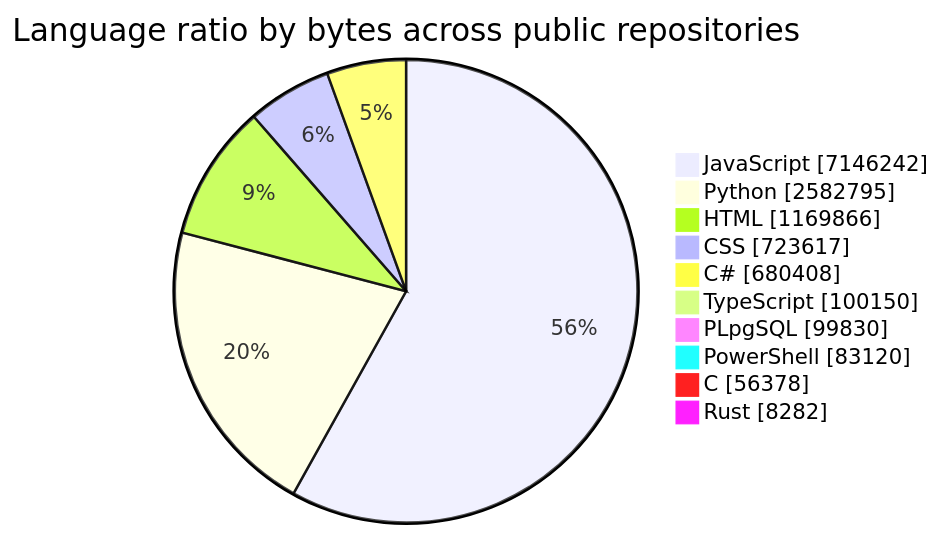
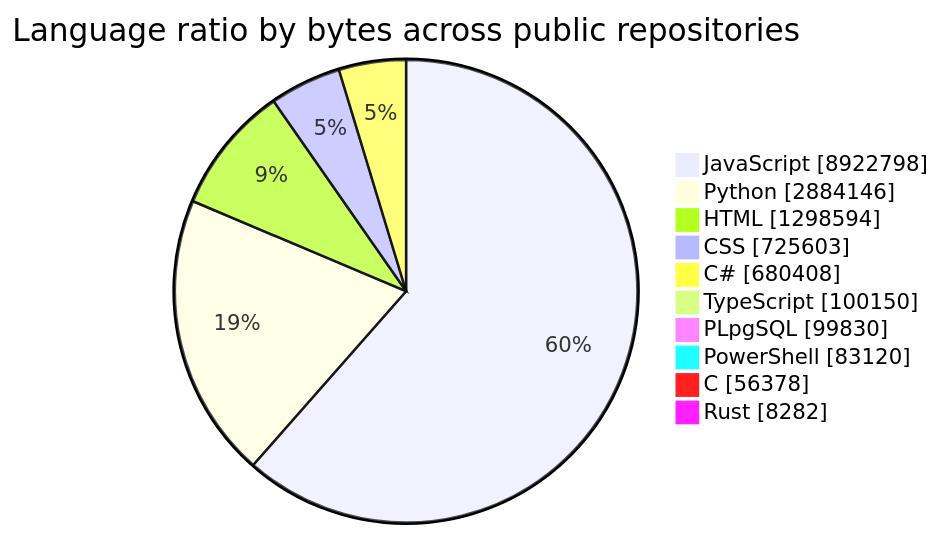
One commit to tchinso/tchinso changed the first of 2 diagrams in README.md. Above: the diagram before and after it, drawn with Mermaid. The commit also changed other lines of this file, not shown here.

````diff
--- a/README.md
+++ b/README.md
@@ -27,14 +27,14 @@
 ```mermaid
 pie showData
     title Language ratio by bytes across public repositories
-    "JavaScript" : 7146242
-    "Python" : 2582795
-    "HTML" : 1169866
-    "CSS" : 723617
+    "JavaScript" : 8922798
+    "Python" : 2884146
+    "HTML" : 1298594
+    "CSS" : 725603
     "C#" : 680408
     "TypeScript" : 100150
     "PLpgSQL" : 99830
     "PowerShell" : 83120
     "C" : 56378
     "Rust" : 8282
 ```
````
